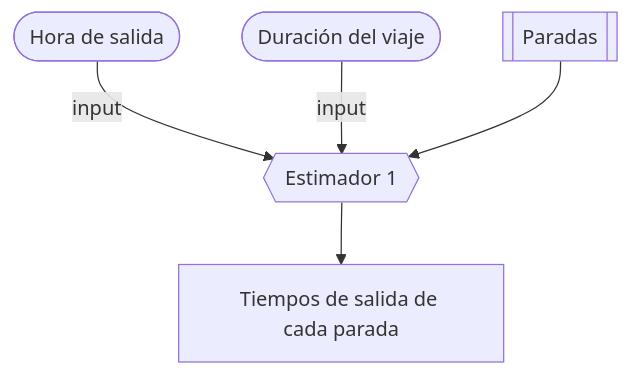
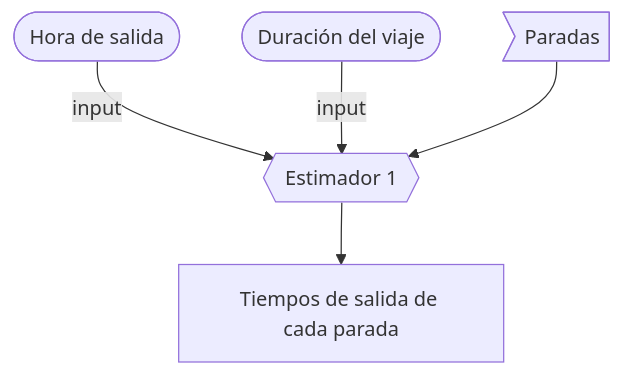
The first of 4 diagrams in README.md (fabianabarca/editor-legacy), drawn with Mermaid before and after one commit. The commit also changed other lines of this file, not shown here.

````diff
--- a/README.md
+++ b/README.md
@@ -29,6 +35,6 @@
 ```mermaid
 flowchart TD
     A([Hora de salida]) & B([Duración del viaje]) -- input --> D{{Estimador 1}}
-    C[[Paradas]] --> D
+    C>Paradas] --> D
     D --> E[Tiempos de salida de cada parada]
 ```
````
